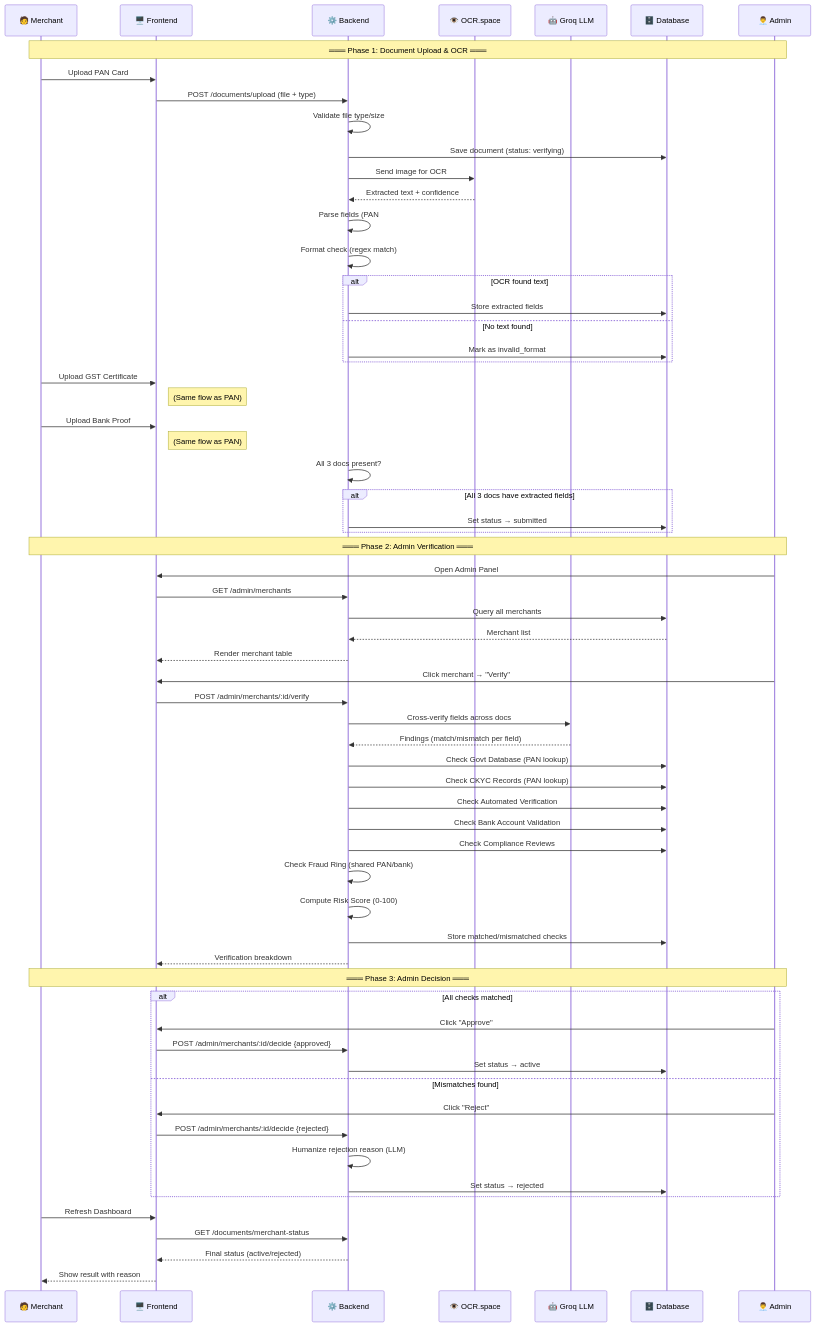
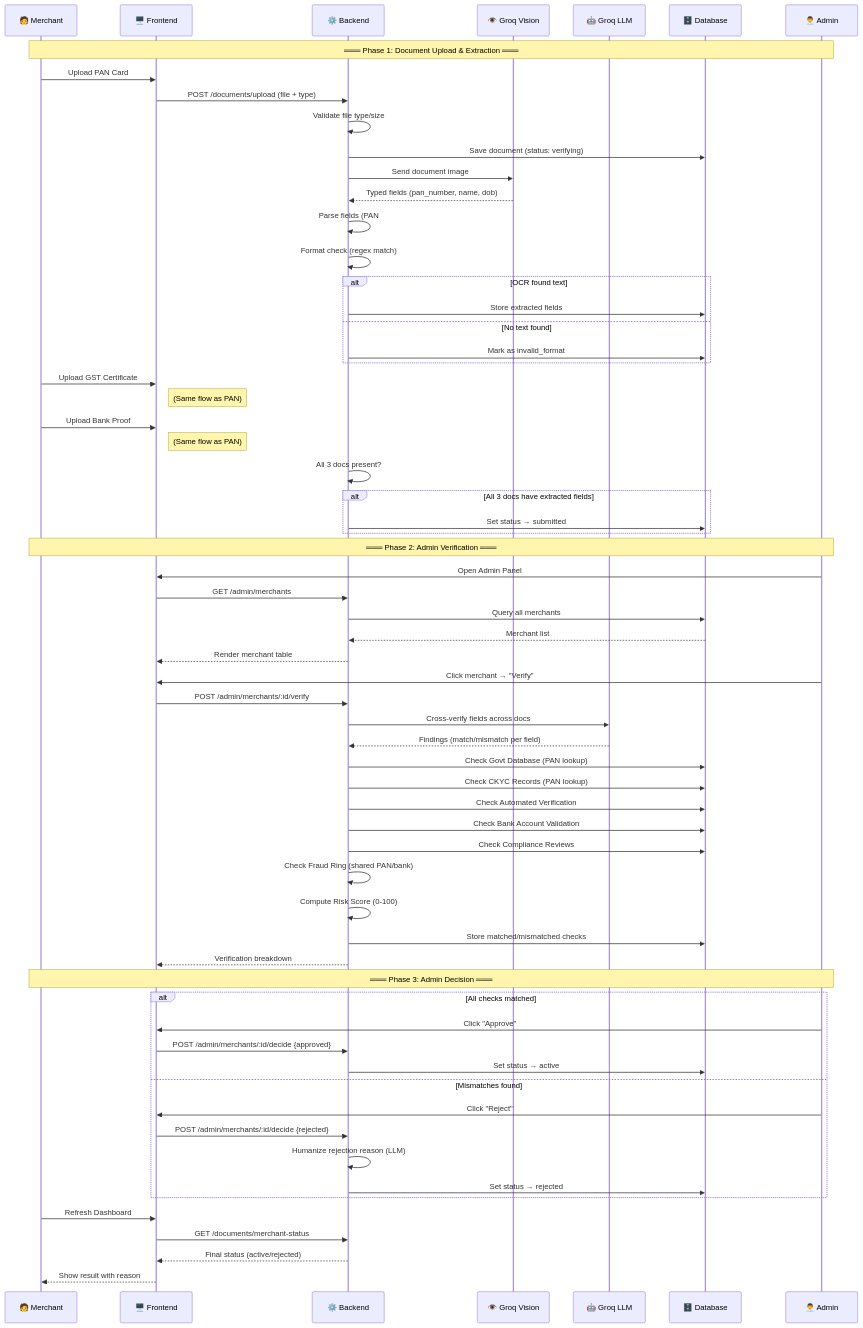
The second of 3 diagrams in README.md (Aditya10507/Merchant-Growth-platform), drawn with Mermaid before and after one commit. The commit also changed other lines of this file and 9 other files, not shown here.

First line of the commit message:
Swap OCR engine from OCR.space to Groq vision

````diff
--- a/README.md
+++ b/README.md
@@ -92,77 +92,77 @@
 ```mermaid
 sequenceDiagram
     participant M as 🧑 Merchant
     participant F as 🖥️ Frontend
     participant B as ⚙️ Backend
-    participant OCR as 👁️ OCR.space
+    participant OCR as 👁️ Groq Vision
     participant LLM as 🤖 Groq LLM
     participant DB as 🗄️ Database
     participant A as 👨‍💼 Admin
 
-    Note over M,A: ═══ Phase 1: Document Upload & OCR ═══
+    Note over M,A: ═══ Phase 1: Document Upload & Extraction ═══
 
     M->>F: Upload PAN Card
     F->>B: POST /documents/upload (file + type)
     B->>B: Validate file type/size
     B->>DB: Save document (status: verifying)
-    B->>OCR: Send image for OCR
-    OCR-->>B: Extracted text + confidence
+    B->>OCR: Send document image
+    OCR-->>B: Typed fields (pan_number, name, dob)
     B->>B: Parse fields (PAN#, name, DOB)
     B->>B: Format check (regex match)
     alt OCR found text
         B->>DB: Store extracted fields
     else No text found
         B->>DB: Mark as invalid_format
     end
 
     M->>F: Upload GST Certificate
     Note right of F: (Same flow as PAN)
 
     M->>F: Upload Bank Proof
     Note right of F: (Same flow as PAN)
 
     B->>B: All 3 docs present?
     alt All 3 docs have extracted fields
         B->>DB: Set status → submitted
     end
 
     Note over M,A: ═══ Phase 2: Admin Verification ═══
 
     A->>F: Open Admin Panel
     F->>B: GET /admin/merchants
     B->>DB: Query all merchants
     DB-->>B: Merchant list
     B-->>F: Render merchant table
 
     A->>F: Click merchant → "Verify"
     F->>B: POST /admin/merchants/:id/verify
     B->>LLM: Cross-verify fields across docs
     LLM-->>B: Findings (match/mismatch per field)
     B->>DB: Check Govt Database (PAN lookup)
     B->>DB: Check CKYC Records (PAN lookup)
     B->>DB: Check Automated Verification
     B->>DB: Check Bank Account Validation
     B->>DB: Check Compliance Reviews
     B->>B: Check Fraud Ring (shared PAN/bank)
     B->>B: Compute Risk Score (0-100)
     B->>DB: Store matched/mismatched checks
     B-->>F: Verification breakdown
 
     Note over M,A: ═══ Phase 3: Admin Decision ═══
 
     alt All checks matched
         A->>F: Click "Approve"
         F->>B: POST /admin/merchants/:id/decide {approved}
         B->>DB: Set status → active
     else Mismatches found
         A->>F: Click "Reject"
         F->>B: POST /admin/merchants/:id/decide {rejected}
         B->>B: Humanize rejection reason (LLM)
         B->>DB: Set status → rejected
     end
 
     M->>F: Refresh Dashboard
     F->>B: GET /documents/merchant-status
     B-->>F: Final status (active/rejected)
     F-->>M: Show result with reason
 ```
````
